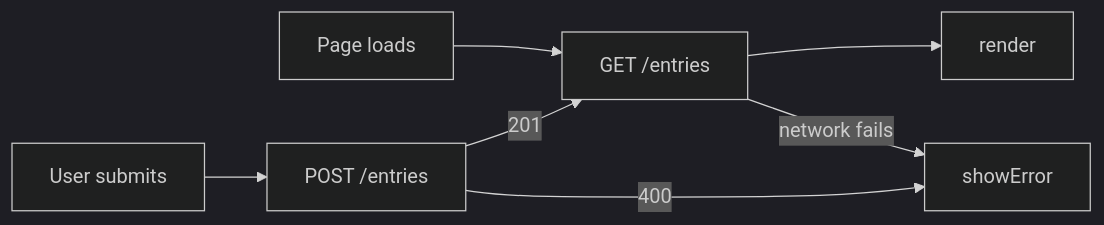
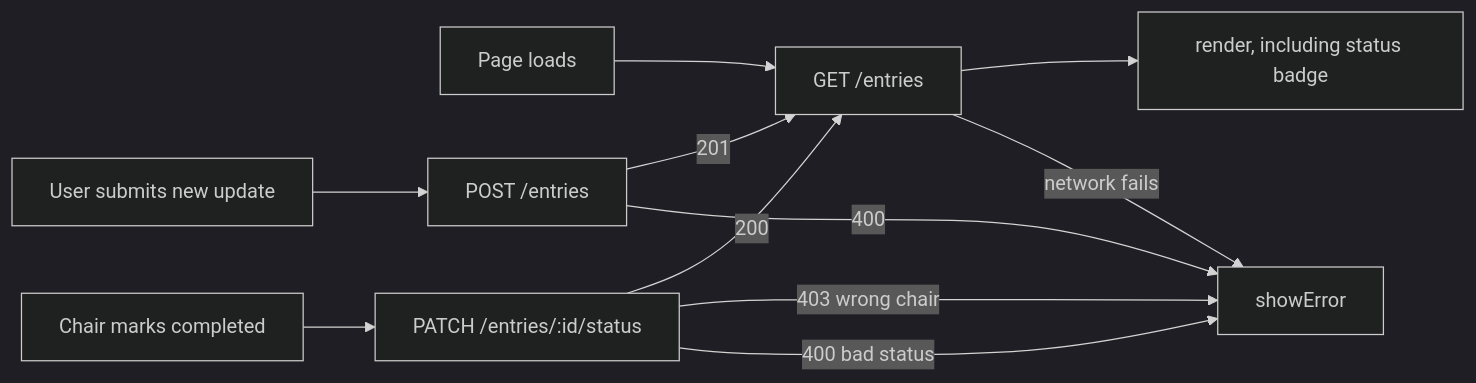
The diagram in README.md (Daedruoy/mgt3745-hw5), drawn with Mermaid (dark theme) before and after one commit. The commit also changed other lines of this file and 4 other files, not shown here.

````diff
--- a/README.md
+++ b/README.md
@@ -22,9 +13,13 @@
 ```mermaid
 flowchart LR
   A[Page loads] --> B[GET /entries]
-  B --> C[render]
-  D[User submits] --> E[POST /entries]
+  B --> C[render, including status badge]
+  D[User submits new update] --> E[POST /entries]
   E -->|201| B
-  E -->|400| F[showError]
-  B -->|network fails| F
+  E -->|400| G[showError]
+  H[Chair marks completed] --> I[PATCH /entries/:id/status]
+  I -->|200| B
+  I -->|403 wrong chair| G
+  I -->|400 bad status| G
+  B -->|network fails| G
 ```
````
